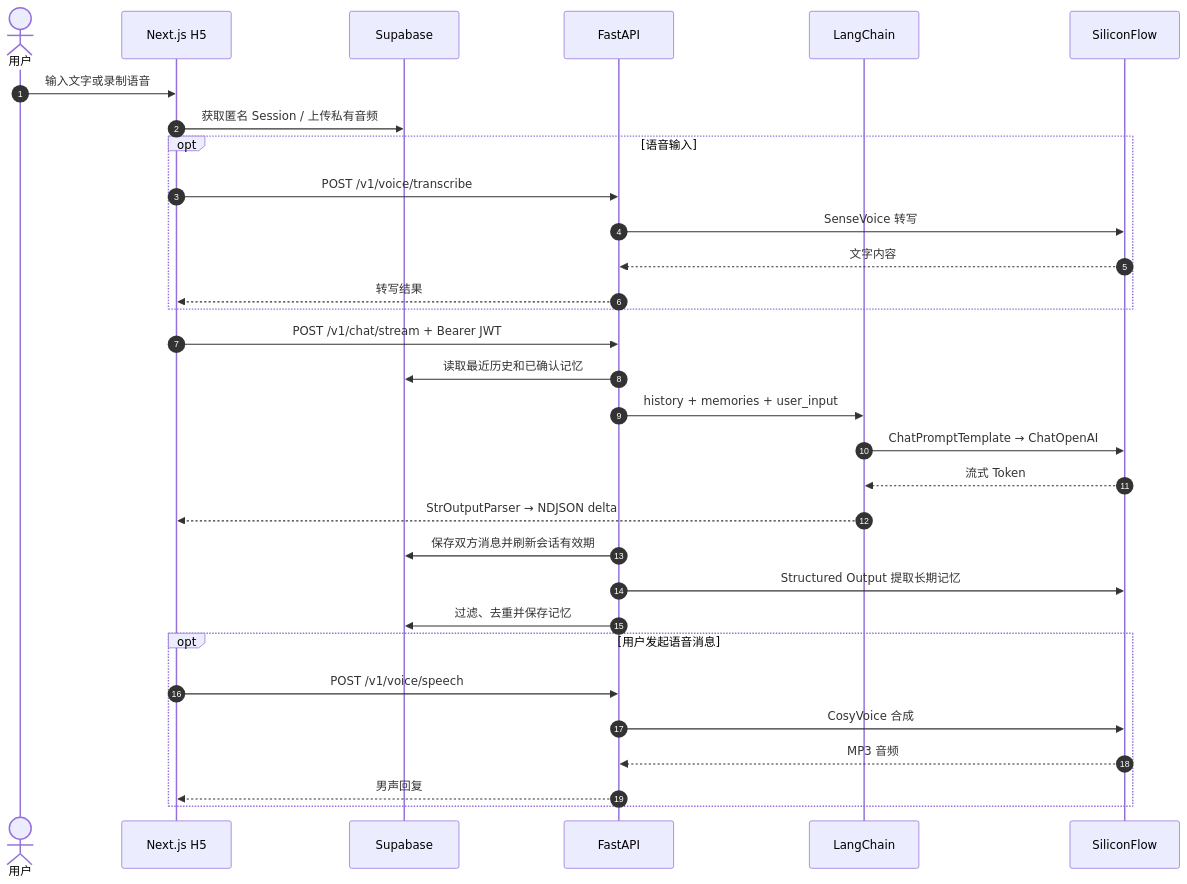
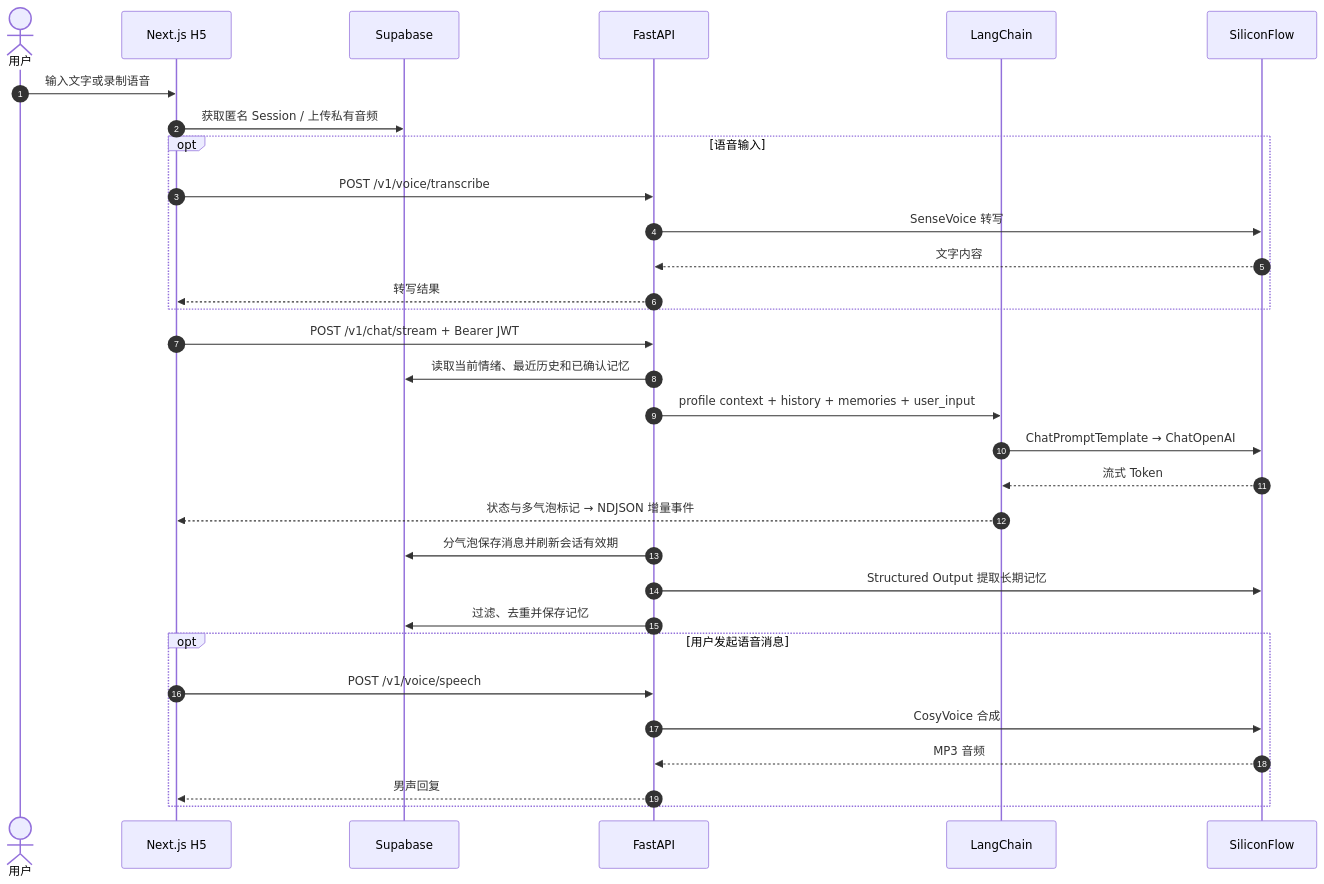
The second of 3 diagrams in README.md (335691851/loveyourboyfriend), drawn with Mermaid before and after one commit. The commit also changed other lines of this file and 27 other files, not shown here.

````diff
--- a/README.md
+++ b/README.md
@@ -71,34 +72,34 @@
 ```mermaid
 sequenceDiagram
     autonumber
     actor User as 用户
     participant Web as Next.js H5
     participant Supabase as Supabase
     participant API as FastAPI
     participant LC as LangChain
     participant Model as SiliconFlow
 
     User->>Web: 输入文字或录制语音
     Web->>Supabase: 获取匿名 Session / 上传私有音频
     opt 语音输入
         Web->>API: POST /v1/voice/transcribe
         API->>Model: SenseVoice 转写
         Model-->>API: 文字内容
         API-->>Web: 转写结果
     end
     Web->>API: POST /v1/chat/stream + Bearer JWT
-    API->>Supabase: 读取最近历史和已确认记忆
-    API->>LC: history + memories + user_input
+    API->>Supabase: 读取当前情绪、最近历史和已确认记忆
+    API->>LC: profile context + history + memories + user_input
     LC->>Model: ChatPromptTemplate → ChatOpenAI
     Model-->>LC: 流式 Token
-    LC-->>Web: StrOutputParser → NDJSON delta
-    API->>Supabase: 保存双方消息并刷新会话有效期
+    LC-->>Web: 状态与多气泡标记 → NDJSON 增量事件
+    API->>Supabase: 分气泡保存消息并刷新会话有效期
     API->>Model: Structured Output 提取长期记忆
     API->>Supabase: 过滤、去重并保存记忆
     opt 用户发起语音消息
         Web->>API: POST /v1/voice/speech
         API->>Model: CosyVoice 合成
         Model-->>API: MP3 音频
         API-->>Web: 男声回复
     end
 ```
````
